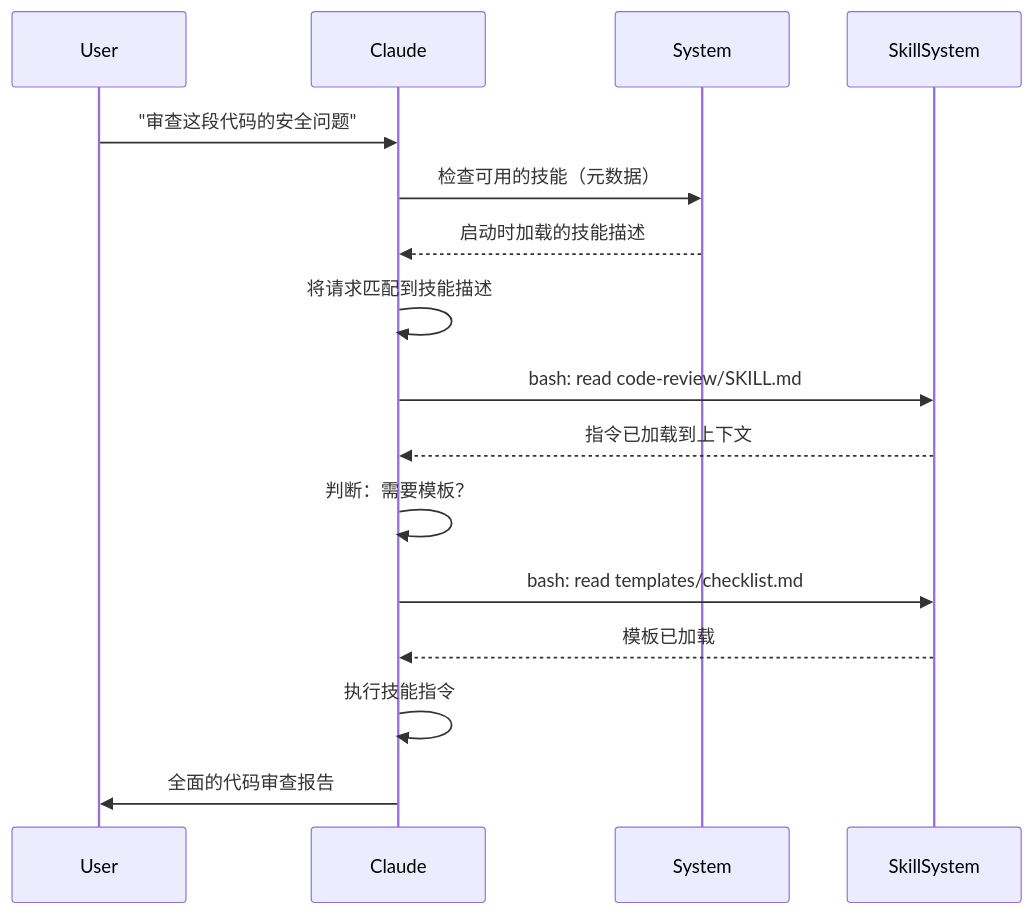
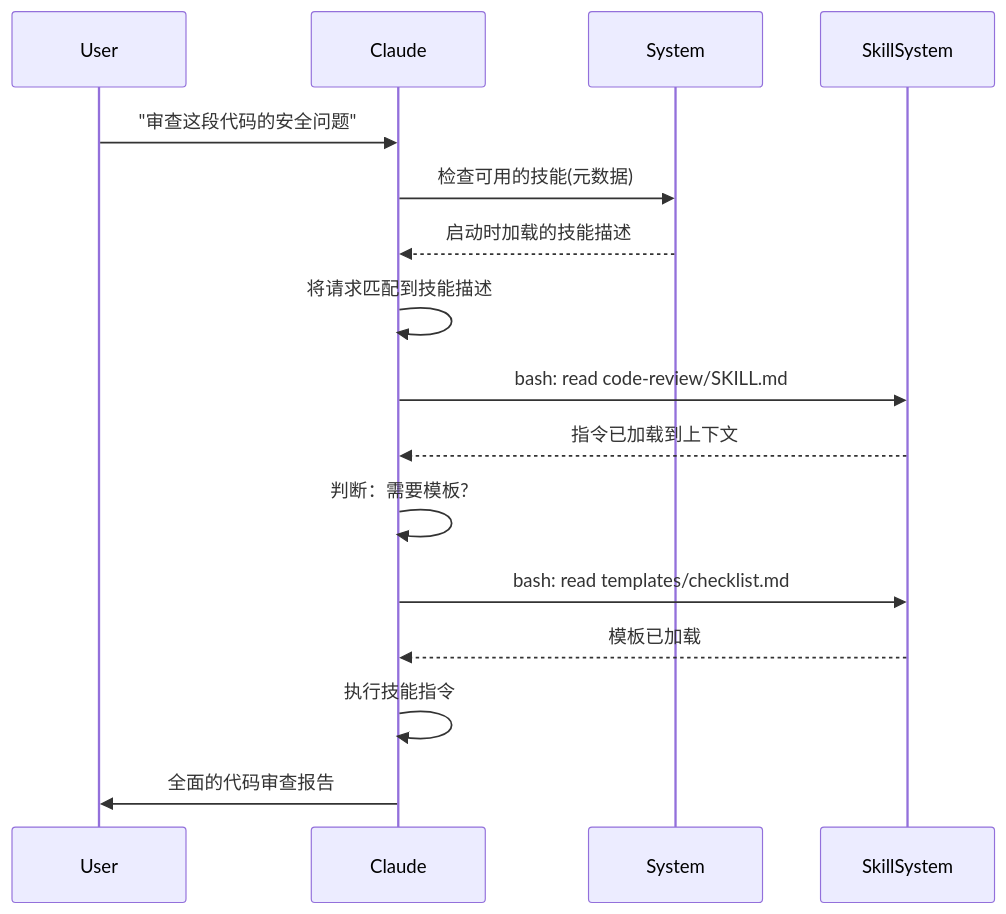
Before and after one commit to Rx782-Fss/claude-howto-zh: the second of 2 diagrams in 03-skills/README.md, drawn with Mermaid. The commit also changed other lines of this file and 5 other files, not shown here.

Commit message:
fix: Mermaid 内全角括号/问号/emoji/<br/> 改为半角ASCII避免 GitHub 渲染失败

````diff
--- a/03-skills/README.md
+++ b/03-skills/README.md
@@ -66,19 +66,19 @@
 ```mermaid
 sequenceDiagram
     participant User
     participant Claude as Claude
     participant System as System
     participant Skill as SkillSystem
 
     User->>Claude: "审查这段代码的安全问题"
-    Claude->>System: 检查可用的技能（元数据）
+    Claude->>System: 检查可用的技能(元数据)
     System-->>Claude: 启动时加载的技能描述
     Claude->>Claude: 将请求匹配到技能描述
     Claude->>Skill: bash: read code-review/SKILL.md
     Skill-->>Claude: 指令已加载到上下文
-    Claude->>Claude: 判断：需要模板？
+    Claude->>Claude: 判断：需要模板?
     Claude->>Skill: bash: read templates/checklist.md
     Skill-->>Claude: 模板已加载
     Claude->>Claude: 执行技能指令
     Claude->>User: 全面的代码审查报告
 ```
````
